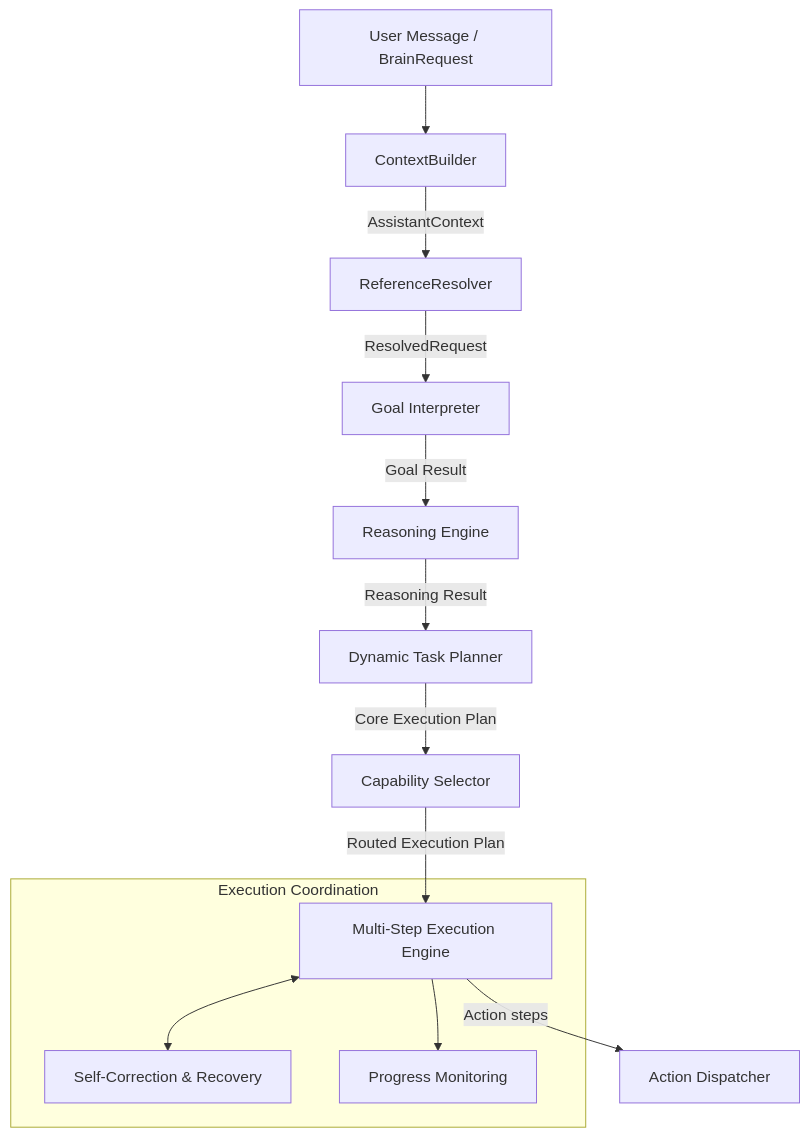
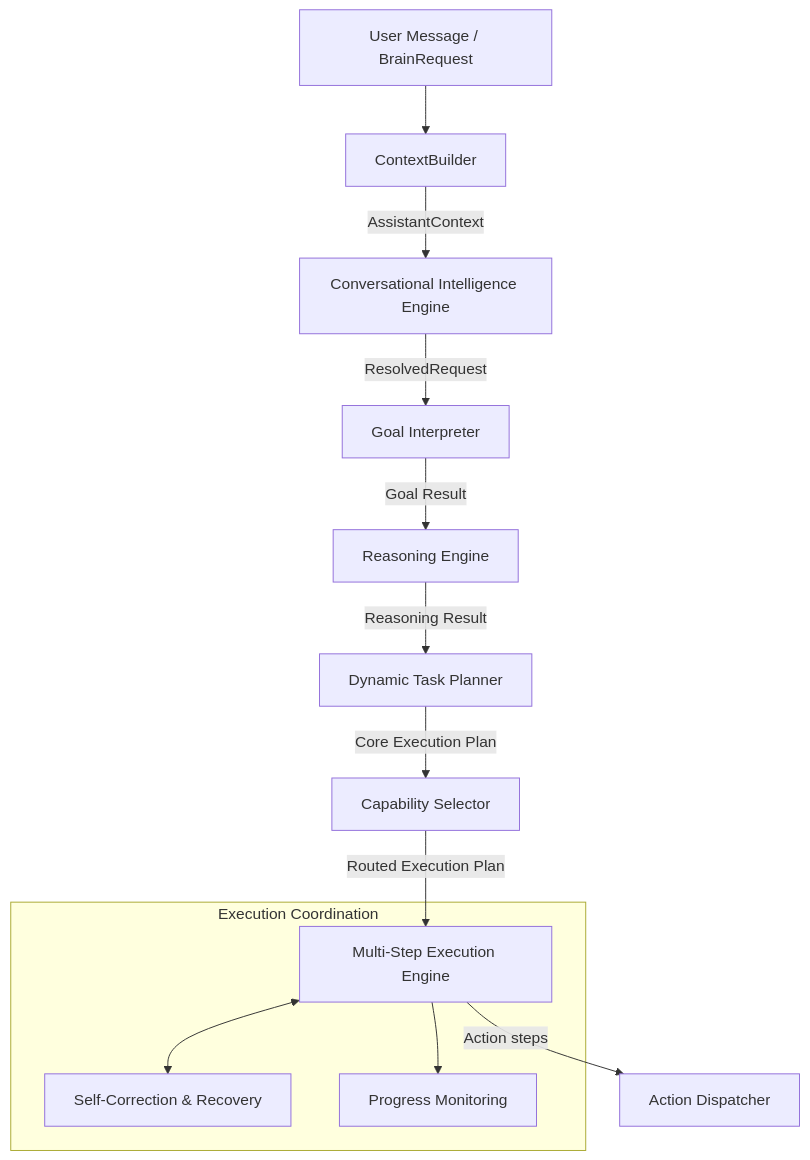
The diagram in backend/brain/README.md (Vish-0806/Auralis-voice-file-manager), drawn with Mermaid before and after one commit. The commit also changed other lines of this file and 8 other files, not shown here.

````diff
--- a/backend/brain/README.md
+++ b/backend/brain/README.md
@@ -9,17 +9,17 @@
 ```mermaid
 graph TD
     Request[User Message / BrainRequest] --> Builder[ContextBuilder]
-    Builder -->|AssistantContext| Resolver[ReferenceResolver]
-    Resolver -->|ResolvedRequest| Interpreter[Goal Interpreter]
+    Builder -->|AssistantContext| ConvIntel[Conversational Intelligence Engine]
+    ConvIntel -->|ResolvedRequest| Interpreter[Goal Interpreter]
     Interpreter --> |Goal Result| Reasoning[Reasoning Engine]
     Reasoning --> |Reasoning Result| Planner[Dynamic Task Planner]
     Planner --> |Core Execution Plan| Selector[Capability Selector]
     Selector --> |Routed Execution Plan| Executor[Multi-Step Execution Engine]
     
     subgraph Execution Coordination
         Executor <--> Recovery[Self-Correction & Recovery]
         Executor --> Progress[Progress Monitoring]
     end
     
     Executor --> |Action steps| Dispatcher[Action Dispatcher]
 ```
````
